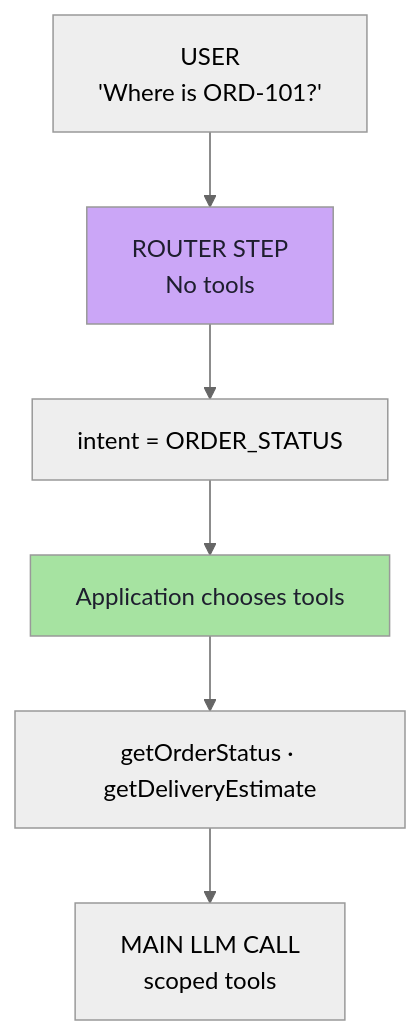
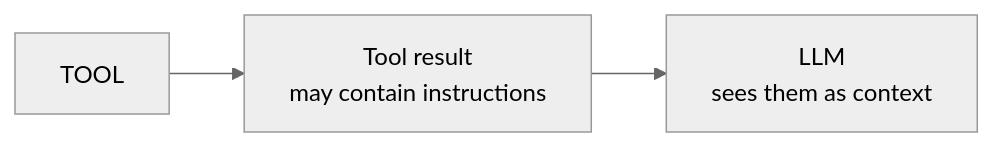
One commit to Amie-dev/FDE-and-GenAI-Mastery changed the fourth of 7 diagrams in Lecture 31 - Security and Guardrails/notes/Lecture_31_Complete_Notes.md. Above: the diagram before and after it, drawn with Mermaid (neutral theme). The commit also changed other lines of this file and 4 other files, not shown here.

Commit message:
Refactor Lecture 31 notes: Remove complete notes file and update references in the main notes document, enhancing structure and clarity. Add sections on evasion techniques, input classification architecture, and MCP resource risks for improved security context.

````diff
--- a/Lecture 31 - Security and Guardrails/notes/Lecture_31_Complete_Notes.md
+++ b/Lecture 31 - Security and Guardrails/notes/Lecture_31_Complete_Notes.md
@@ -247,11 +263,5 @@
 ```mermaid
-flowchart TD
-    U["USER<br/>'Where is ORD-101?'"] --> R["ROUTER STEP<br/>No tools"]
-    R --> I["intent = ORDER_STATUS"]
-    I --> C["Application chooses tools"]
-    C --> T["getOrderStatus · getDeliveryEstimate"]
-    T --> M["MAIN LLM CALL<br/>scoped tools"]
-
-    style R fill:#cba6f7,color:#1e1e2e
-    style C fill:#a6e3a1,color:#1e1e2e
+flowchart LR
+    T["TOOL"] --> R["Tool result<br/>may contain instructions"]
+    R --> L["LLM<br/>sees them as context"]
 ```
````
